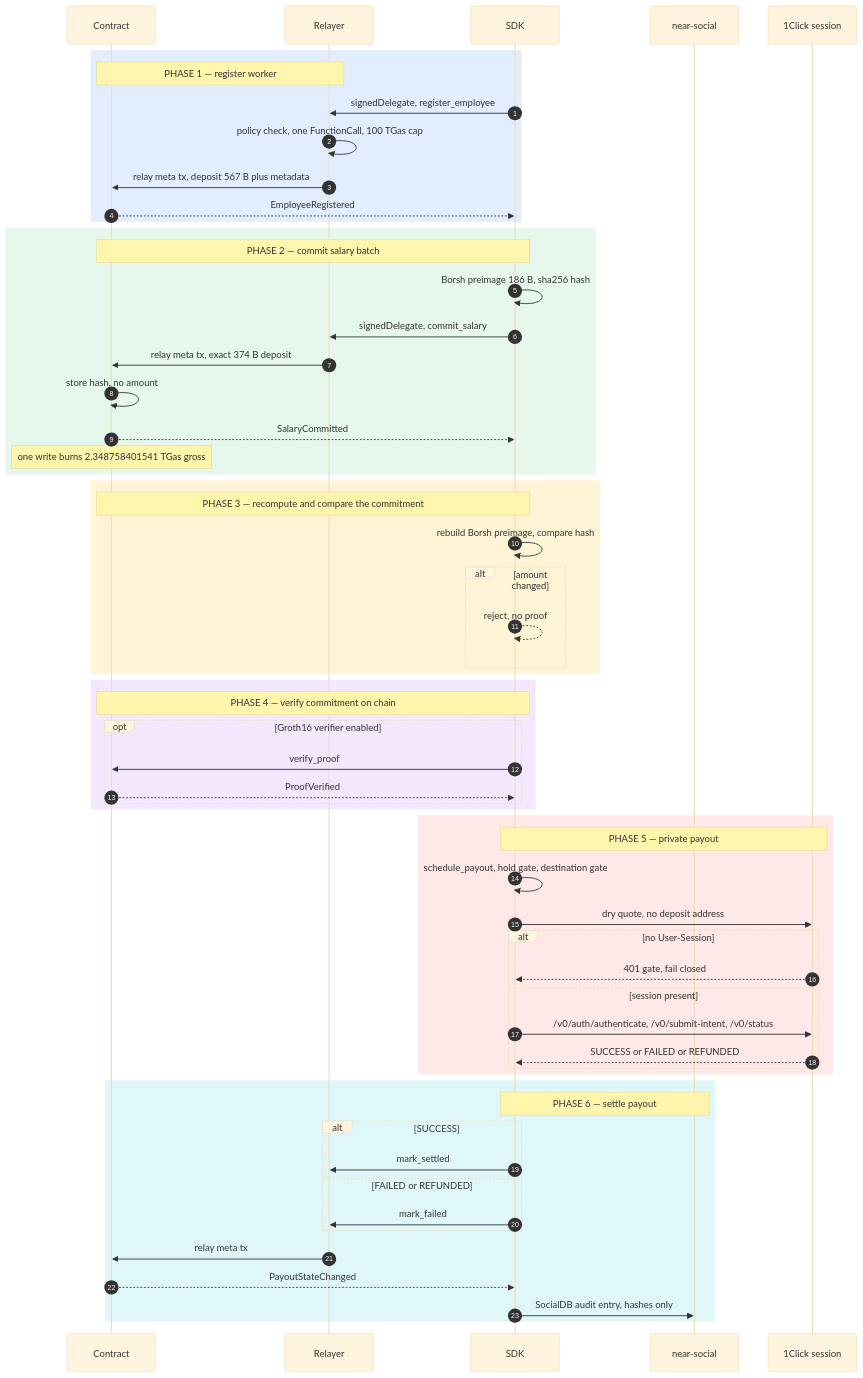
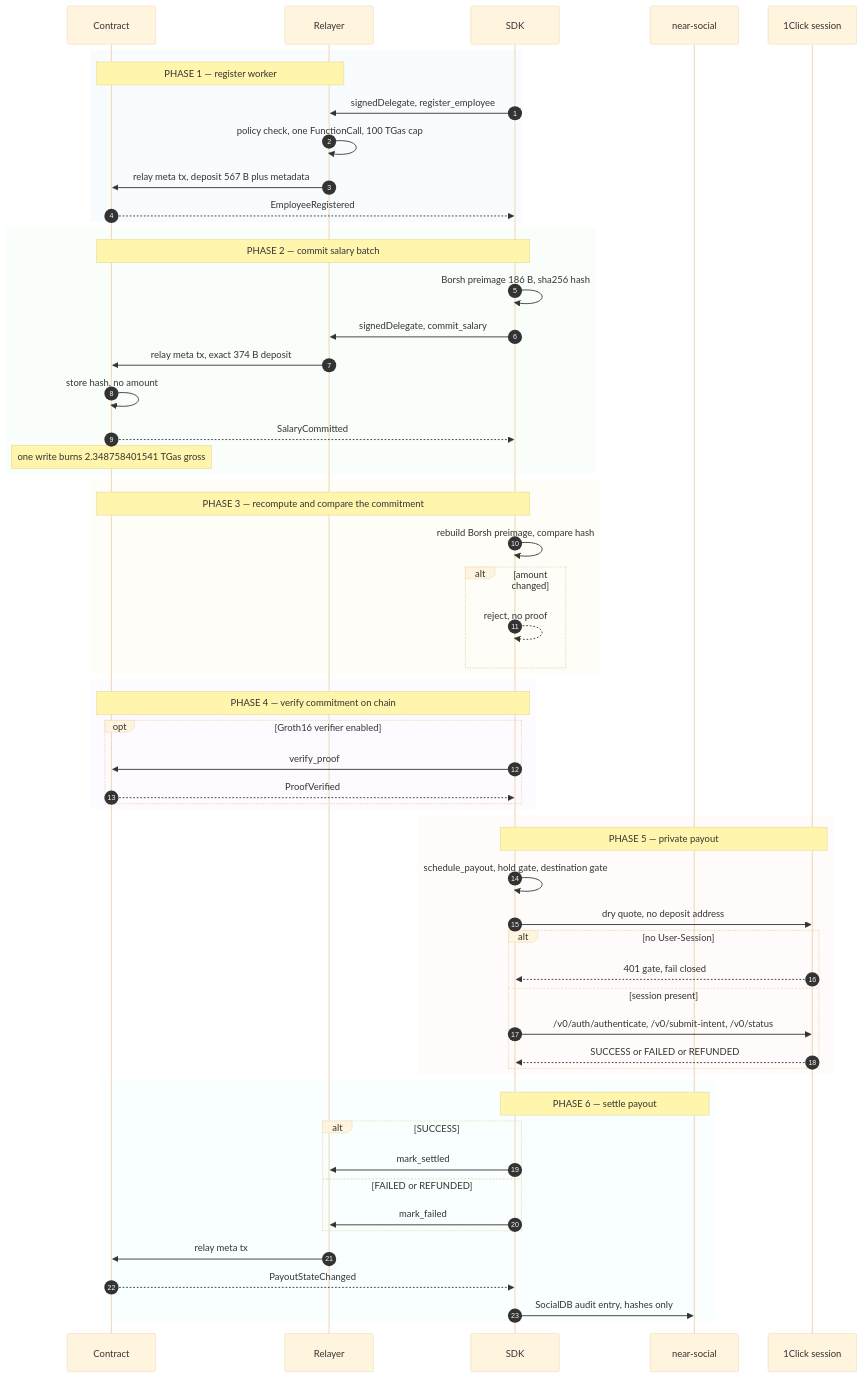
The diagram in README.md (amolikpe-bit/private-payroll-payments), drawn with Mermaid before and after one commit.

Commit message:
docs(subrosa): make diagram theme-safe and accessible

````diff
--- a/README.md
+++ b/README.md
@@ -7,62 +7,64 @@
 ```mermaid
 %%{init: {"theme":"base","themeVariables":{"fontSize":"14px"}}}%%
 sequenceDiagram
+    accTitle: subrosa runtime flow
+    accDescr: Employer registers workers, commits hashed salaries, verifies proofs, then pays out privately and settles payout state.
     autonumber
     participant C as Contract
     participant R as Relayer
     participant S as SDK
     participant N as near-social
     participant O as 1Click session
-    rect rgb(226,238,255)
+    rect rgba(226,238,255,0.20)
     Note over R,C: PHASE 1 — register worker
     S->>R: signedDelegate, register_employee
     R->>R: policy check, one FunctionCall, 100 TGas cap
     R->>C: relay meta tx, deposit 567 B plus metadata
     C-->>S: EmployeeRegistered
     end
-    rect rgb(230,247,235)
+    rect rgba(230,247,235,0.20)
     Note over S,C: PHASE 2 — commit salary batch
     S->>S: Borsh preimage 186 B, sha256 hash
     S->>R: signedDelegate, commit_salary
     R->>C: relay meta tx, exact 374 B deposit
     C->>C: store hash, no amount
     C-->>S: SalaryCommitted
     Note over C: one write burns 2.348758401541 TGas gross
     end
-    rect rgb(255,244,214)
+    rect rgba(255,244,214,0.20)
     Note over S,C: PHASE 3 — recompute and compare the commitment
     S->>S: rebuild Borsh preimage, compare hash
     alt amount changed
         S-->>S: reject, no proof
     end
     end
-    rect rgb(243,232,255)
+    rect rgba(243,232,255,0.20)
     Note over S,C: PHASE 4 — verify commitment on chain
     opt Groth16 verifier enabled
         S->>C: verify_proof
         C-->>S: ProofVerified
     end
     end
-    rect rgb(255,232,232)
+    rect rgba(255,232,232,0.20)
     Note over S,O: PHASE 5 — private payout
     S->>S: schedule_payout, hold gate, destination gate
     S->>O: dry quote, no deposit address
     alt no User-Session
         O-->>S: 401 gate, fail closed
     else session present
         S->>O: /v0/auth/authenticate, /v0/submit-intent, /v0/status
         O-->>S: SUCCESS or FAILED or REFUNDED
     end
     end
-    rect rgb(224,247,250)
+    rect rgba(224,247,250,0.20)
     Note over S,N: PHASE 6 — settle payout
     alt SUCCESS
         S->>R: mark_settled
     else FAILED or REFUNDED
         S->>R: mark_failed
     end
     R->>C: relay meta tx
     C-->>S: PayoutStateChanged
     S->>N: SocialDB audit entry, hashes only
     end
 ```
````
